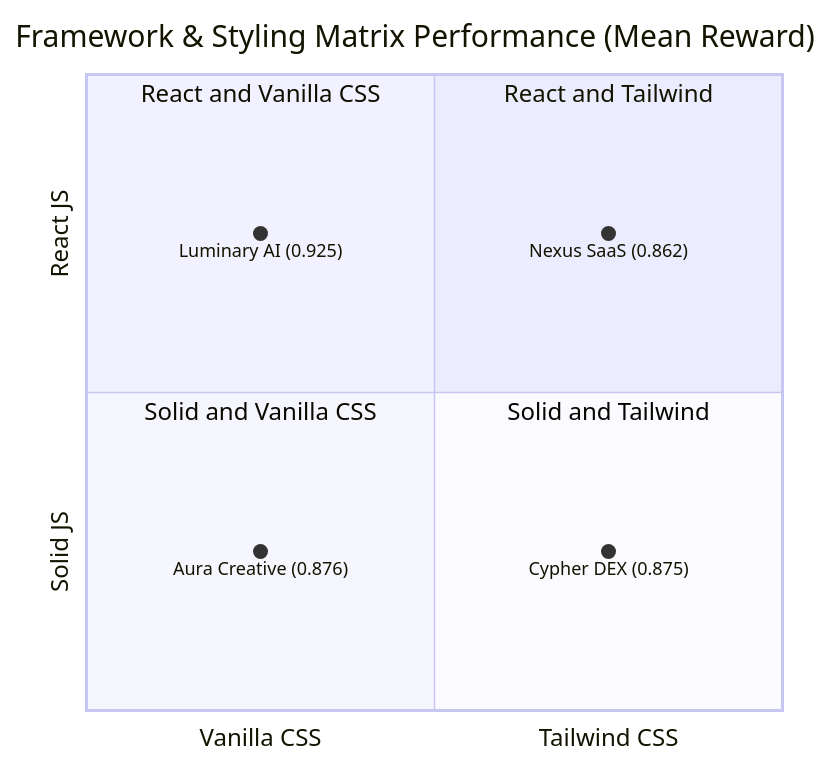
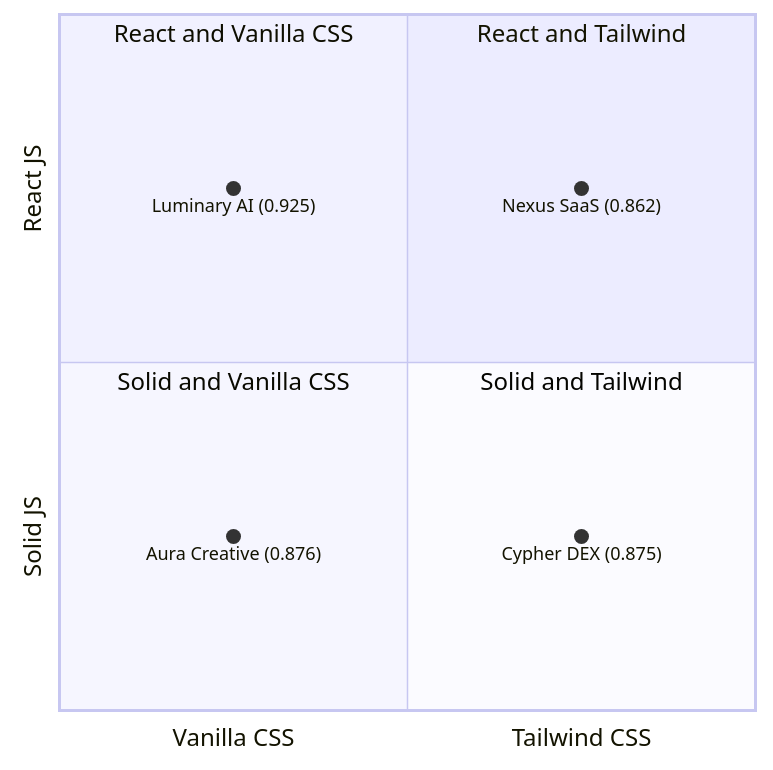
The first of 2 diagrams in docs/part3_frameworks.md (sahilg06/web-design-bench), drawn with Mermaid before and after one commit. The commit also changed other lines of this file, not shown here.

First line of the commit message:
fix(docs): move Mermaid quadrantChart title to Markdown heading in part3_frameworks.md

````diff
--- a/docs/part3_frameworks.md
+++ b/docs/part3_frameworks.md
@@ -5,14 +7,13 @@
 ```mermaid
 quadrantChart
-    title Framework & Styling Matrix Performance (Mean Reward)
     x-axis Vanilla CSS --> Tailwind CSS
     y-axis Solid JS --> React JS
     quadrant-1 React and Tailwind
     quadrant-2 React and Vanilla CSS
     quadrant-3 Solid and Vanilla CSS
     quadrant-4 Solid and Tailwind
     "Luminary AI (0.925)": [0.25, 0.75]
     "Nexus SaaS (0.862)": [0.75, 0.75]
     "Aura Creative (0.876)": [0.25, 0.25]
     "Cypher DEX (0.875)": [0.75, 0.25]
 ```
````
